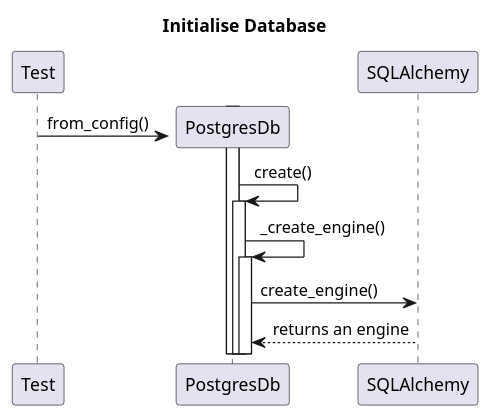
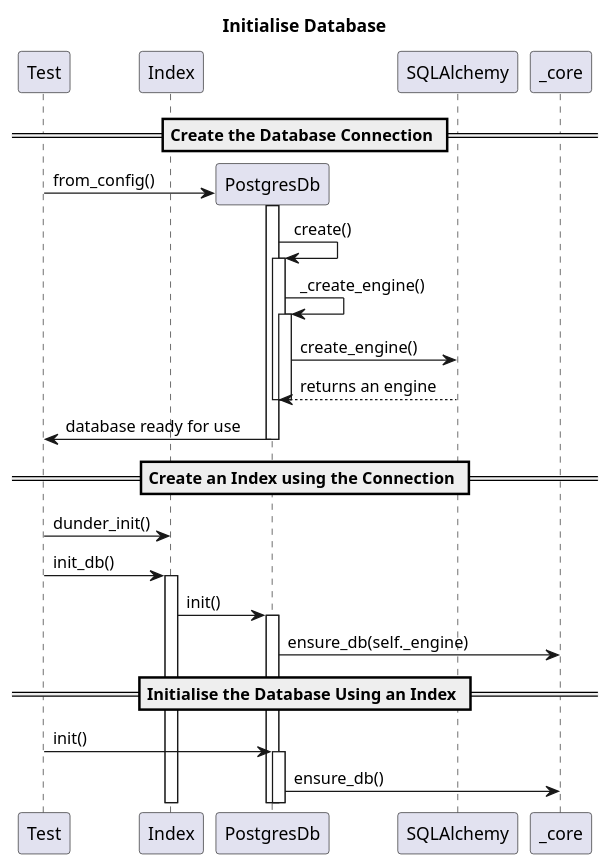
One commit to leosty/datacube-core changed the diagram in docs/diagrams/index_sequence.plantuml. Above: the diagram before and after it, drawn with PlantUML.

Commit message:
Small diagram improvements

```diff
--- a/docs/diagrams/index_sequence.plantuml
+++ b/docs/diagrams/index_sequence.plantuml
@@ -1,19 +1,48 @@
 @startuml
 title Initialise Database
 participant Test
+participant Index
+participant PostgresDb
+
+== Create the Database Connection ==
 create PostgresDb
-activate PostgresDb
 
 Test -> PostgresDb: from_config()
+activate PostgresDb
 PostgresDb -> PostgresDb: create()
 activate PostgresDb
 
 PostgresDb -> PostgresDb: _create_engine()
 activate PostgresDb
 
 PostgresDb -> SQLAlchemy: create_engine()
 SQLAlchemy --> PostgresDb: returns an engine
 
+deactivate PostgresDb
+deactivate PostgresDb
+
+PostgresDb -> Test: database ready for use
+deactivate PostgresDb
+
+== Create an Index using the Connection ==
+
+Test -> Index: dunder_init()
+
+Test -> Index: init_db()
+activate Index
+Index -> PostgresDb: init()
+activate PostgresDb
+PostgresDb -> _core: ensure_db(self._engine)
+
+
+== Initialise the Database Using an Index ==
+
+Test -> PostgresDb: init()
+activate PostgresDb
+
+PostgresDb -> _core: ensure_db()
+
+
 
 
 @enduml
```
